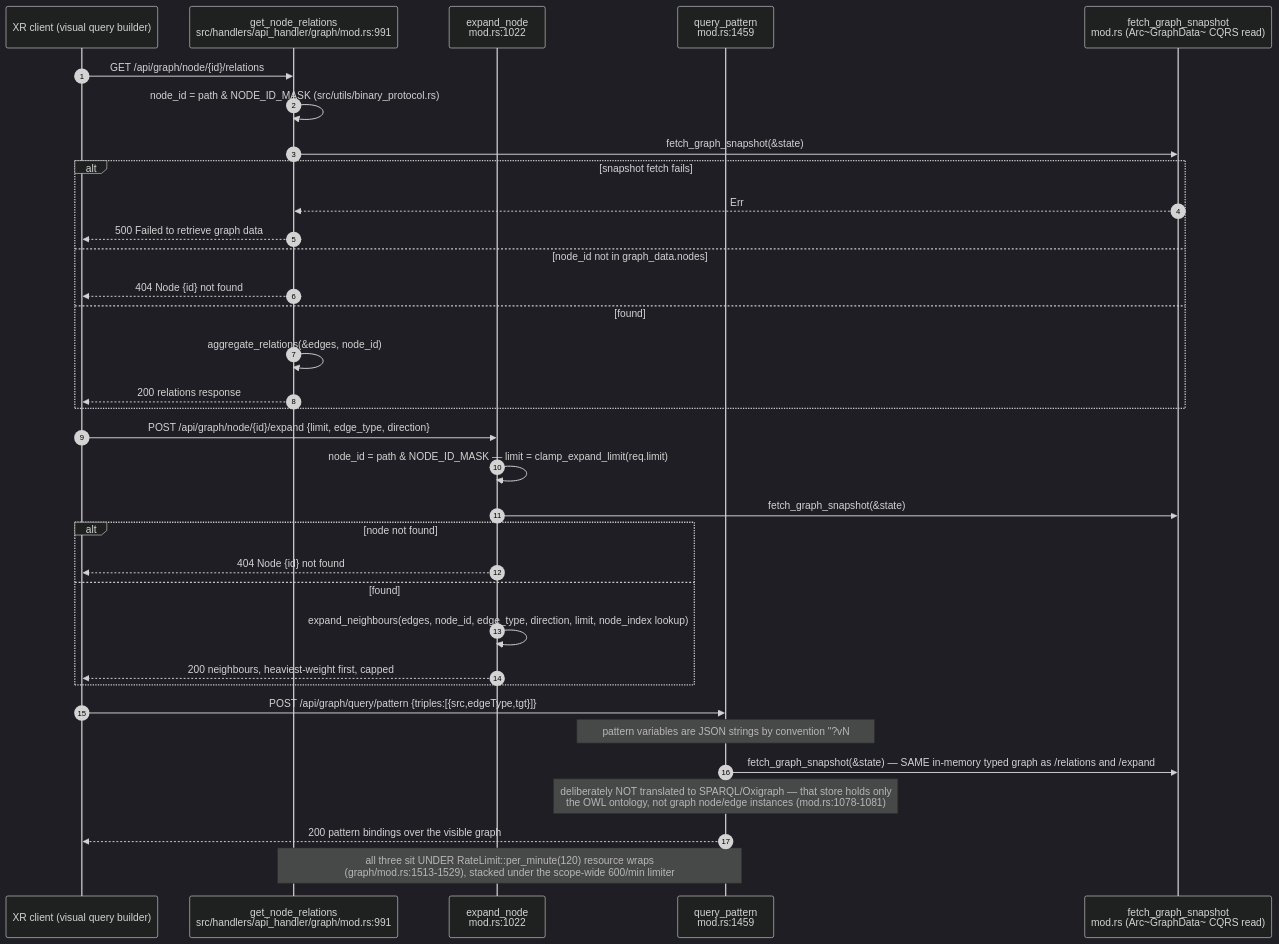
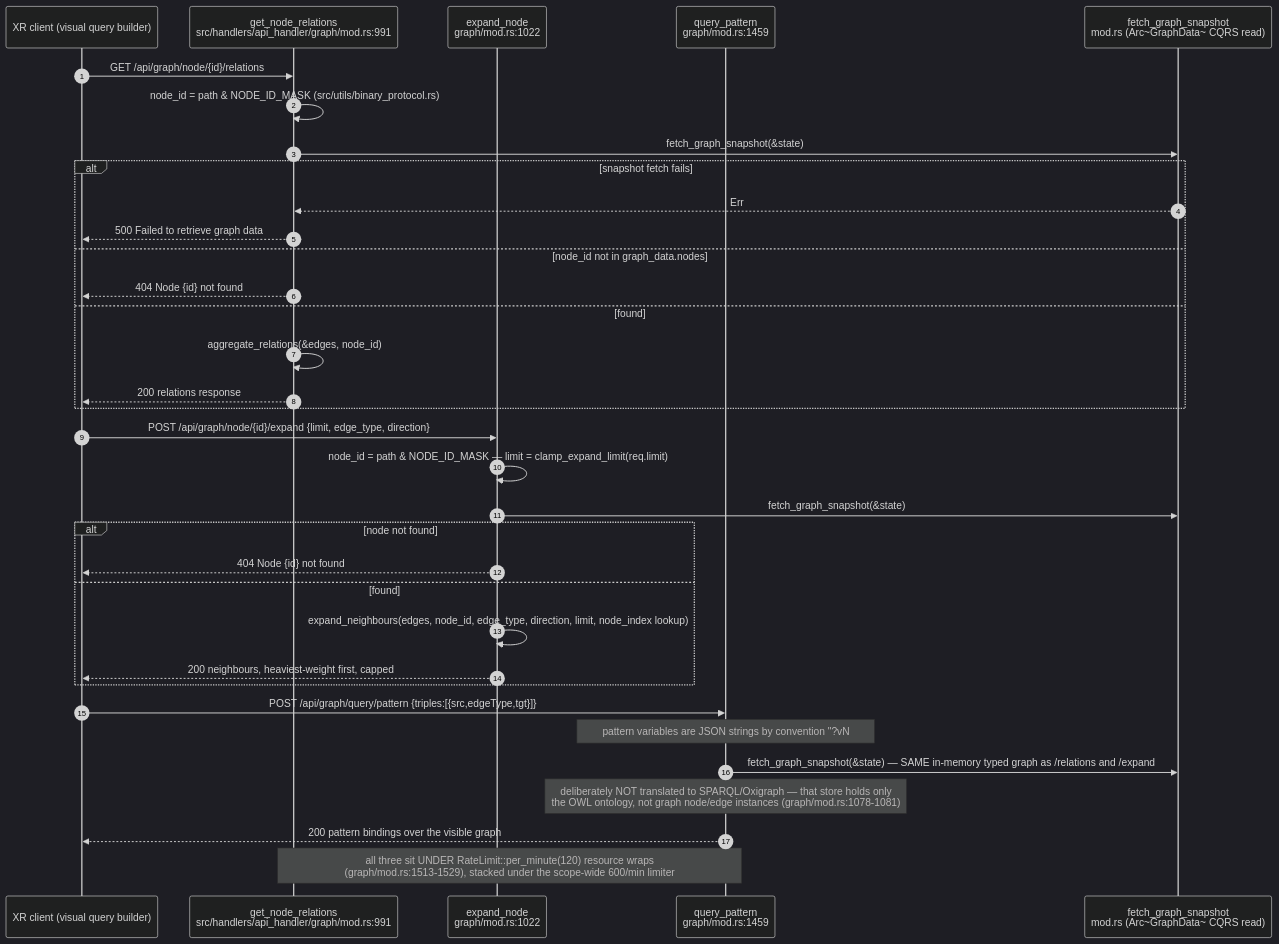
One commit to DreamLab-AI/VisionFlow changed the second of 29 diagrams in docs/diagrams/visionclaw/04-handlers-graph-and-state.md. Above: the diagram before and after it, drawn with Mermaid (dark theme). The commit also changed other lines of this file and 185 other files, not shown here.

Commit message:
docs(estate): reconcile diagrams and ADRs with source and define closeout sprint

````diff
--- a/docs/diagrams/visionclaw/04-handlers-graph-and-state.md
+++ b/docs/diagrams/visionclaw/04-handlers-graph-and-state.md
@@ -106,37 +107,37 @@
 ```mermaid
 sequenceDiagram
     autonumber
     participant C as XR client (visual query builder)
     participant GR as get_node_relations<br/>src/handlers/api_handler/graph/mod.rs:991
-    participant EX as expand_node<br/>mod.rs:1022
-    participant QP as query_pattern<br/>mod.rs:1459
+    participant EX as expand_node<br/>graph/mod.rs:1022
+    participant QP as query_pattern<br/>graph/mod.rs:1459
     participant SNAP as fetch_graph_snapshot<br/>mod.rs (Arc~GraphData~ CQRS read)
 
     C->>GR: GET /api/graph/node/{id}/relations
     GR->>GR: node_id = path & NODE_ID_MASK (src/utils/binary_protocol.rs)
     GR->>SNAP: fetch_graph_snapshot(&state)
     alt snapshot fetch fails
         SNAP-->>GR: Err
         GR-->>C: 500 Failed to retrieve graph data
     else node_id not in graph_data.nodes
         GR-->>C: 404 Node {id} not found
     else found
         GR->>GR: aggregate_relations(&edges, node_id)
         GR-->>C: 200 relations response
     end
     C->>EX: POST /api/graph/node/{id}/expand {limit, edge_type, direction}
     EX->>EX: node_id = path & NODE_ID_MASK — limit = clamp_expand_limit(req.limit)
     EX->>SNAP: fetch_graph_snapshot(&state)
     alt node not found
         EX-->>C: 404 Node {id} not found
     else found
         EX->>EX: expand_neighbours(edges, node_id, edge_type, direction, limit, node_index lookup)
         EX-->>C: 200 neighbours, heaviest-weight first, capped
     end
     C->>QP: POST /api/graph/query/pattern {triples:[{src,edgeType,tgt}]}
-    Note over QP: pattern variables are JSON strings by convention #quot;?vN#quot —<br/>concrete ids are JSON numbers, masked with NODE_ID_MASK (mod.rs:1083-1089)
+    Note over QP: pattern variables are JSON strings by convention #quot;?vN#quot —<br/>concrete ids are JSON numbers, masked with NODE_ID_MASK (graph/mod.rs:1083-1089)
     QP->>SNAP: fetch_graph_snapshot(&state) — SAME in-memory typed graph as /relations and /expand
-    Note over QP: deliberately NOT translated to SPARQL/Oxigraph — that store holds only<br/>the OWL ontology, not graph node/edge instances (mod.rs:1078-1081)
+    Note over QP: deliberately NOT translated to SPARQL/Oxigraph — that store holds only<br/>the OWL ontology, not graph node/edge instances (graph/mod.rs:1078-1081)
     QP-->>C: 200 pattern bindings over the visible graph
     Note over GR,QP: all three sit UNDER RateLimit::per_minute(120) resource wraps<br/>(graph/mod.rs:1513-1529), stacked under the scope-wide 600/min limiter
 ```
````
